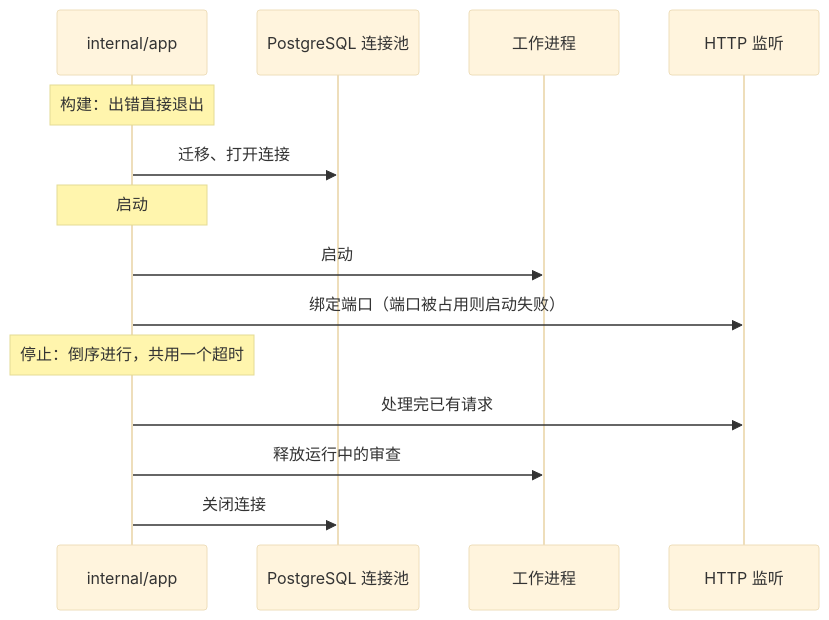
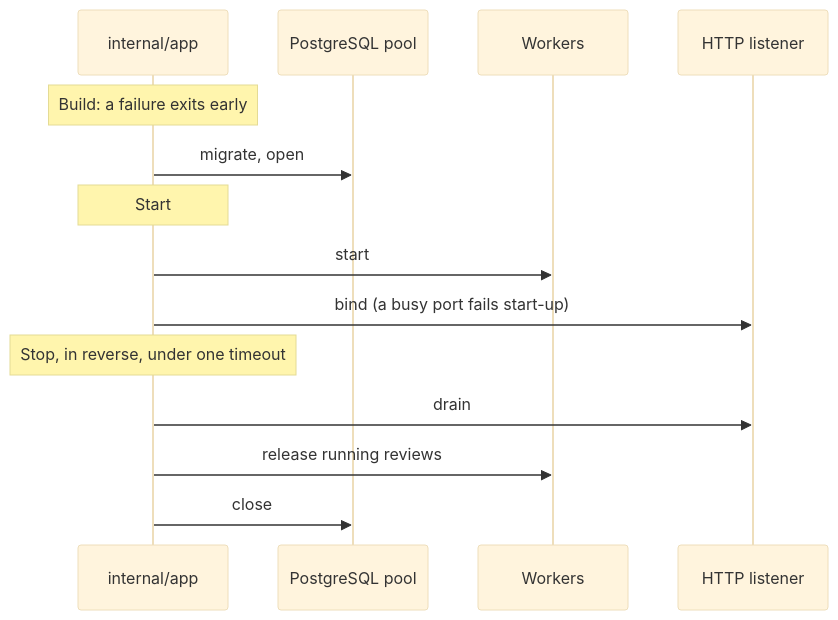
The fourth of 4 diagrams in docs/zh/ARCHITECTURE.md (Pleasurecruise/eyeful), drawn with Mermaid (base theme) before and after one commit. The commit also changed other lines of this file and 51 other files, not shown here.

````diff
--- a/docs/zh/ARCHITECTURE.md
+++ b/docs/zh/ARCHITECTURE.md
@@ -154,16 +155,16 @@
 ```mermaid
 sequenceDiagram
     participant fx as internal/app
-    participant db as PostgreSQL 连接池
-    participant w as 工作进程
-    participant http as HTTP 监听
-    Note over fx: 构建：出错直接退出
-    fx->>db: 迁移、打开连接
-    Note over fx: 启动
-    fx->>w: 启动
-    fx->>http: 绑定端口（端口被占用则启动失败）
-    Note over fx: 停止：倒序进行，共用一个超时
-    fx->>http: 处理完已有请求
-    fx->>w: 释放运行中的审查
-    fx->>db: 关闭连接
+    participant db as PostgreSQL pool
+    participant w as Workers
+    participant http as HTTP listener
+    Note over fx: Build: a failure exits early
+    fx->>db: migrate, open
+    Note over fx: Start
+    fx->>w: start
+    fx->>http: bind (a busy port fails start-up)
+    Note over fx: Stop, in reverse, under one timeout
+    fx->>http: drain
+    fx->>w: release running reviews
+    fx->>db: close
 ```
````
